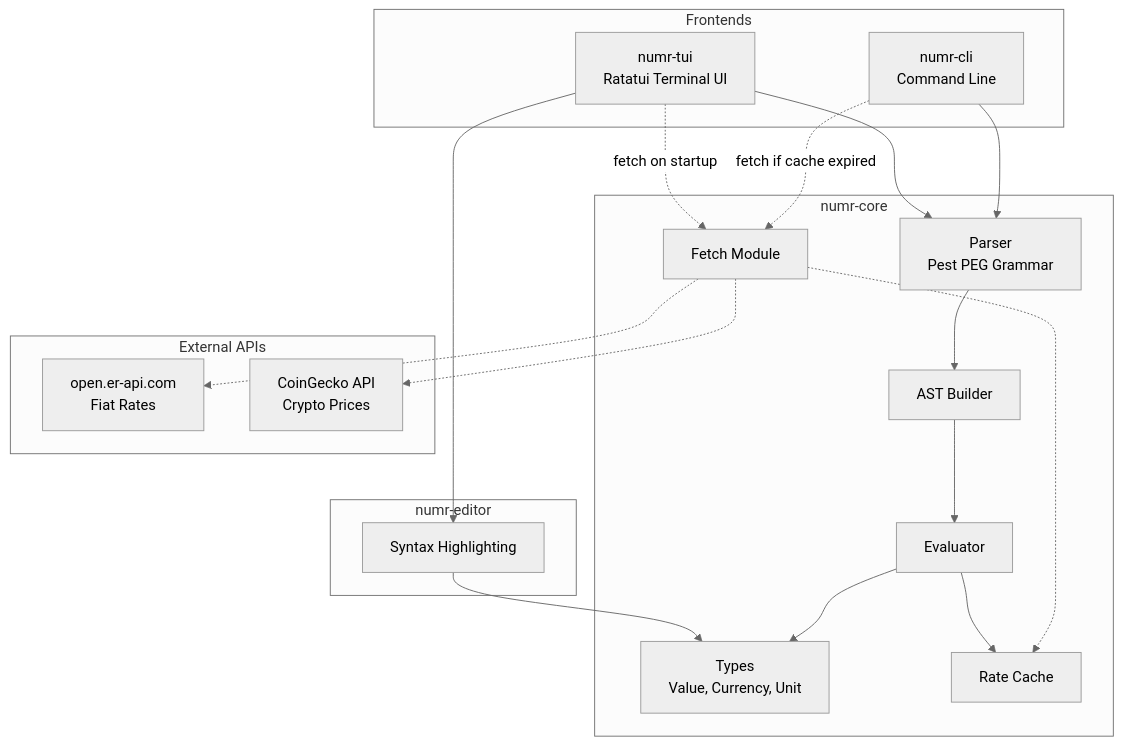
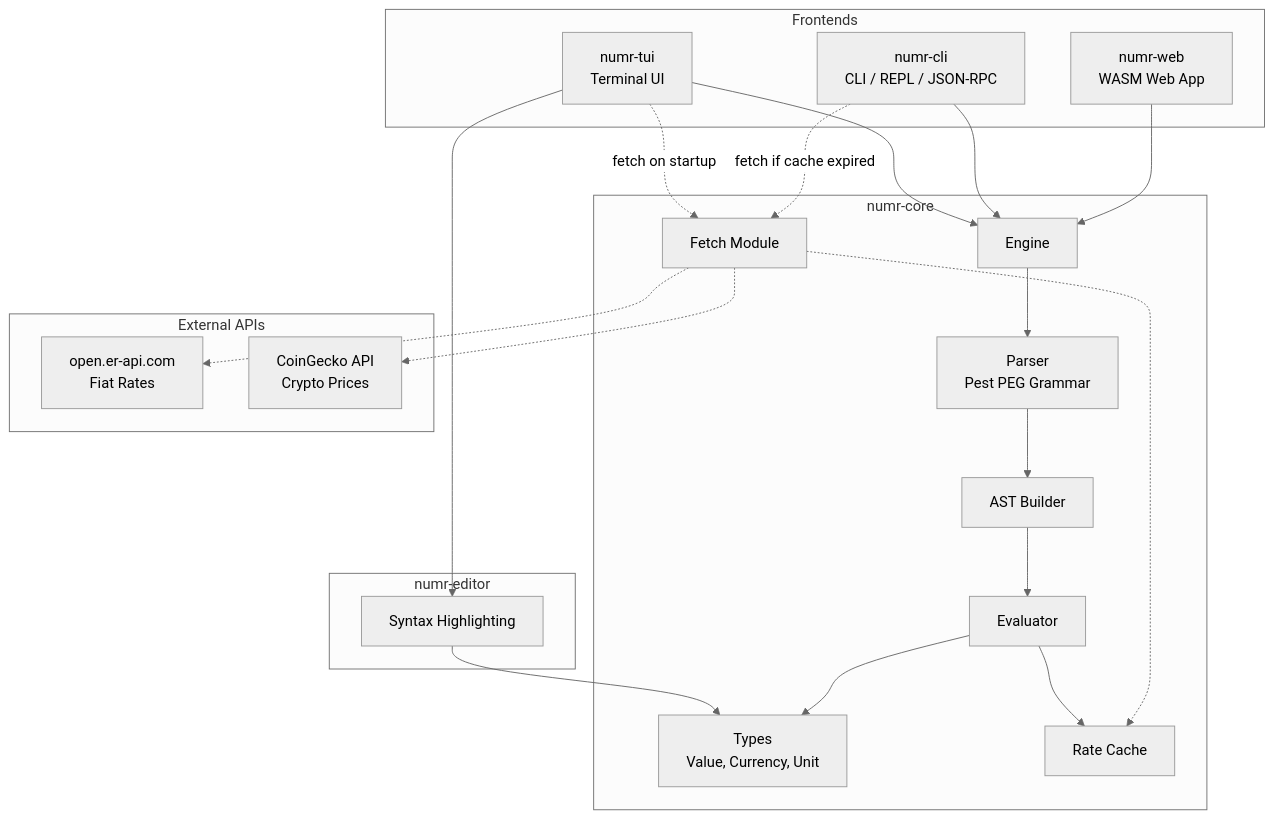
The diagram in README.md (nasedkinpv/numr), drawn with Mermaid (neutral theme) before and after one commit.

Commit message:
docs: update architecture diagram

````diff
--- a/README.md
+++ b/README.md
@@ -333,39 +333,43 @@
 ```mermaid
 graph TB
     subgraph Frontends
-        TUI[numr-tui<br/>Ratatui Terminal UI]
-        CLI[numr-cli<br/>Command Line]
+        TUI[numr-tui<br/>Terminal UI]
+        CLI[numr-cli<br/>CLI / REPL / JSON-RPC]
+        Web[numr-web<br/>WASM Web App]
     end
 
     subgraph Editor[numr-editor]
         Highlight[Syntax Highlighting]
     end
 
     subgraph Core[numr-core]
+        Engine[Engine]
         Parser[Parser<br/>Pest PEG Grammar]
         AST[AST Builder]
         Eval[Evaluator]
         Types[Types<br/>Value, Currency, Unit]
         Cache[Rate Cache]
         Fetch[Fetch Module]
     end
 
     subgraph External APIs
         Fiat[open.er-api.com<br/>Fiat Rates]
         Crypto[CoinGecko API<br/>Crypto Prices]
     end
 
+    TUI --> Engine
+    CLI --> Engine
+    Web --> Engine
     TUI --> Highlight
-    TUI --> Parser
-    CLI --> Parser
     Highlight --> Types
+    Engine --> Parser
     Parser --> AST
     AST --> Eval
     Eval --> Types
     Eval --> Cache
     TUI -.->|fetch on startup| Fetch
     CLI -.->|fetch if cache expired| Fetch
     Fetch -.-> Fiat
     Fetch -.-> Crypto
     Fetch -.-> Cache
 ```
````
